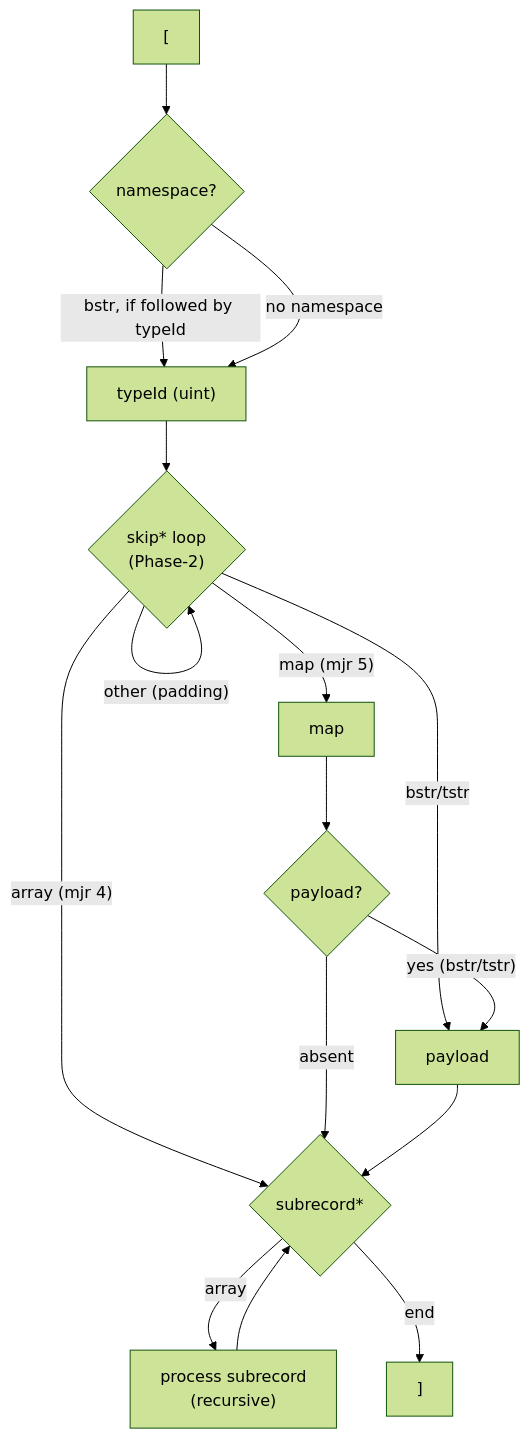
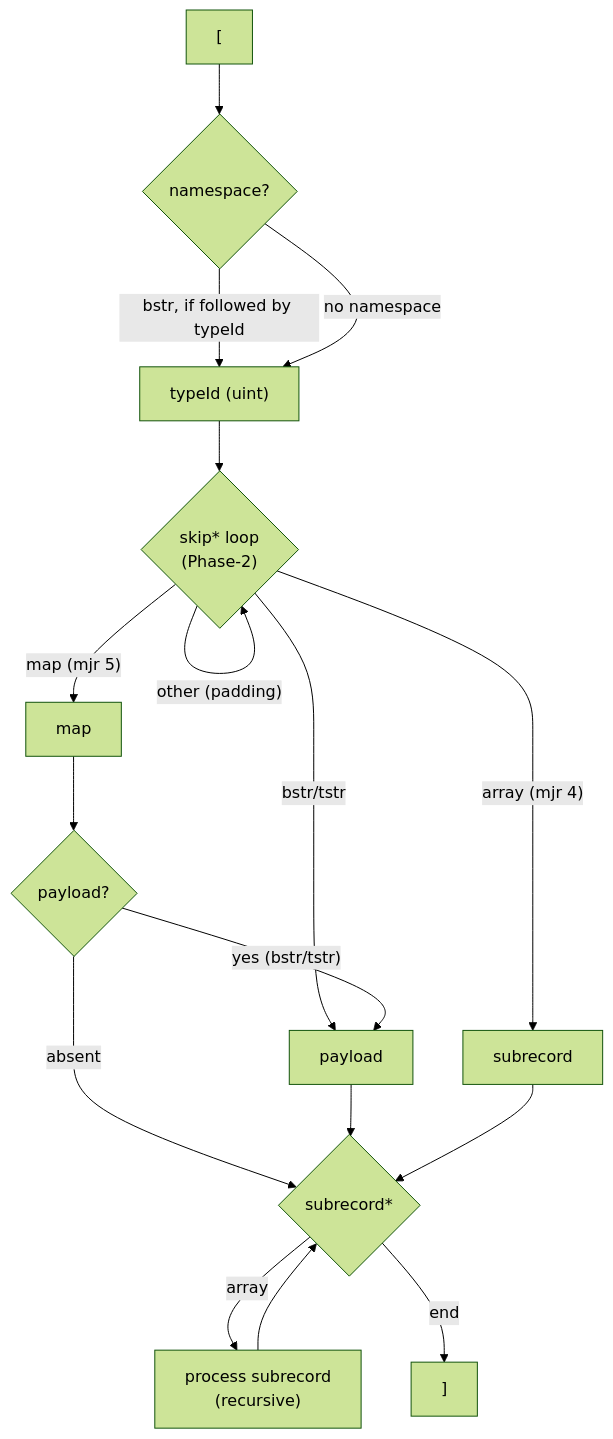
Before and after one commit to mofosyne/qdef: the diagram in docs/QDEF-SPEC.md, drawn with Mermaid (forest theme).

Commit message:
Restore subrecord node for Phase-2 array exit symmetry

````diff
--- a/docs/QDEF-SPEC.md
+++ b/docs/QDEF-SPEC.md
@@ -198,21 +198,22 @@
 ```mermaid
 flowchart TD
     Start["["] --> ns{"namespace?"}
     ns -->|"bstr, if followed by typeId"| typeId["typeId (uint)"]
     ns -->|"no namespace"| typeId
 
     typeId --> skip{"skip* loop<br/>(Phase-2)"}
     skip -->|"map (mjr 5)"| map["map"]
     skip -->|"bstr/tstr"| payload["payload"]
-    skip -->|"array (mjr 4)"| subrecords
+    skip -->|"array (mjr 4)"| subrecord["subrecord"]
     skip -->|"other (padding)"| skip
 
     map --> afterMap{"payload?"}
     afterMap -->|"yes (bstr/tstr)"| payload
     afterMap -->|"absent"| subrecords
     payload --> subrecords
+    subrecord --> subrecords
 
     subrecords{"subrecord*"} -->|"array"| process["process subrecord<br/>(recursive)"]
     process --> subrecords
     subrecords -->|"end"| End["]"]
 ```
````
